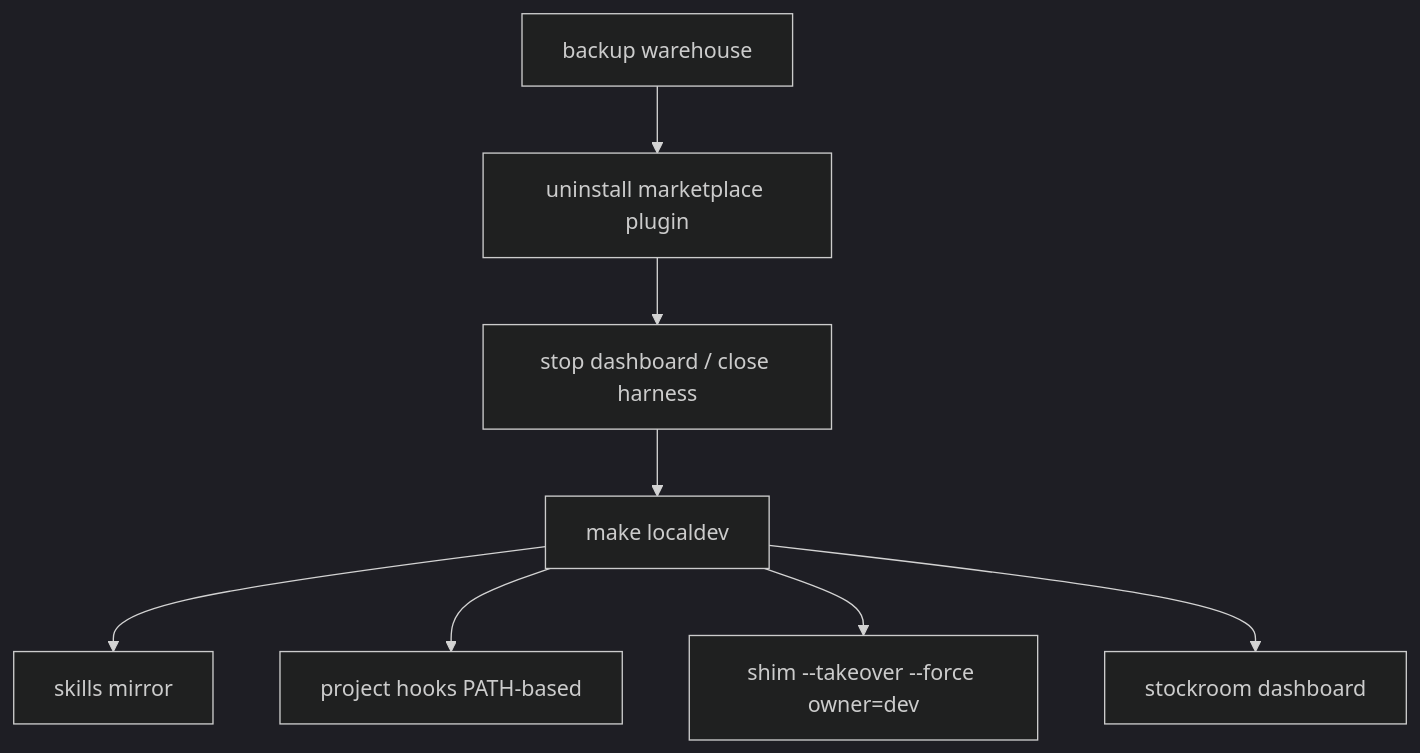
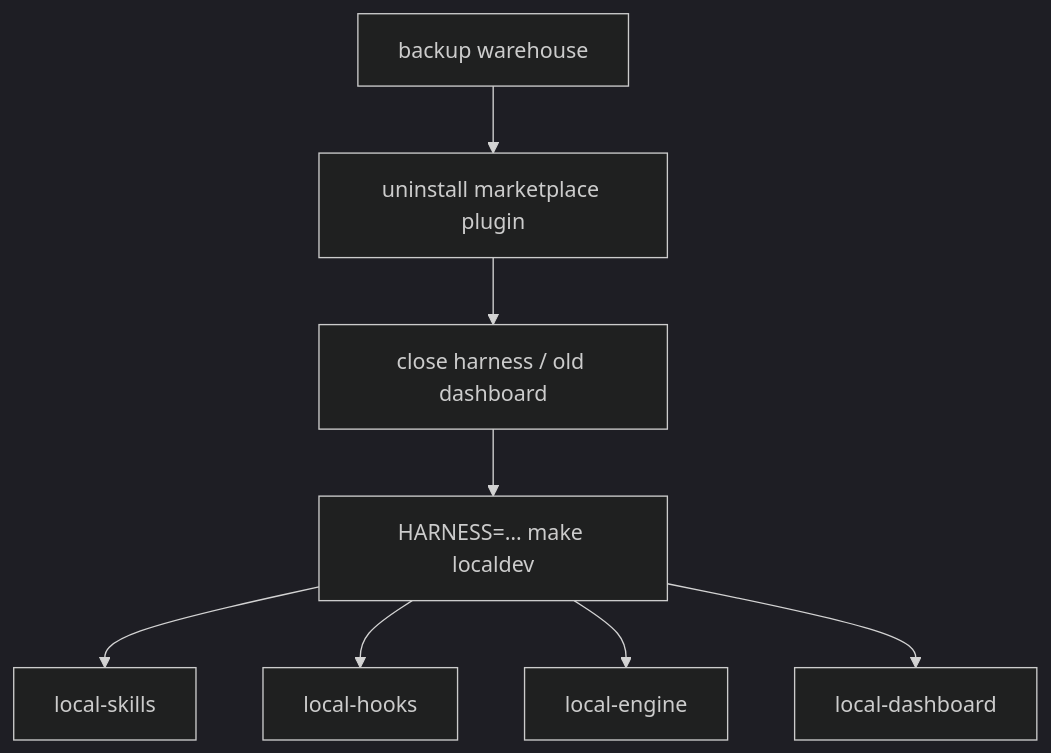
One commit to Texarkanine/stockroom changed the diagram in memory-bank/active/tasks.md. Above: the diagram before and after it, drawn with Mermaid (dark theme). The commit also changed other lines of this file and 5 other files, not shown here.

````diff
--- a/memory-bank/active/tasks.md
+++ b/memory-bank/active/tasks.md
@@ -13,10 +13,10 @@
 ```mermaid
 flowchart TD
   Backup["backup warehouse"] --> Uninstall["uninstall marketplace plugin"]
-  Uninstall --> StopDash["stop dashboard / close harness"]
-  StopDash --> LD["make localdev"]
-  LD --> Skills["skills mirror"]
-  LD --> Hooks["project hooks PATH-based"]
-  LD --> Shim["shim --takeover --force owner=dev"]
-  LD --> Bounce["stockroom dashboard"]
+  Uninstall --> Close["close harness / old dashboard"]
+  Close --> LD["HARNESS=… make localdev"]
+  LD --> Skills["local-skills"]
+  LD --> Hooks["local-hooks"]
+  LD --> Engine["local-engine"]
+  LD --> Dash["local-dashboard"]
 ```
````
